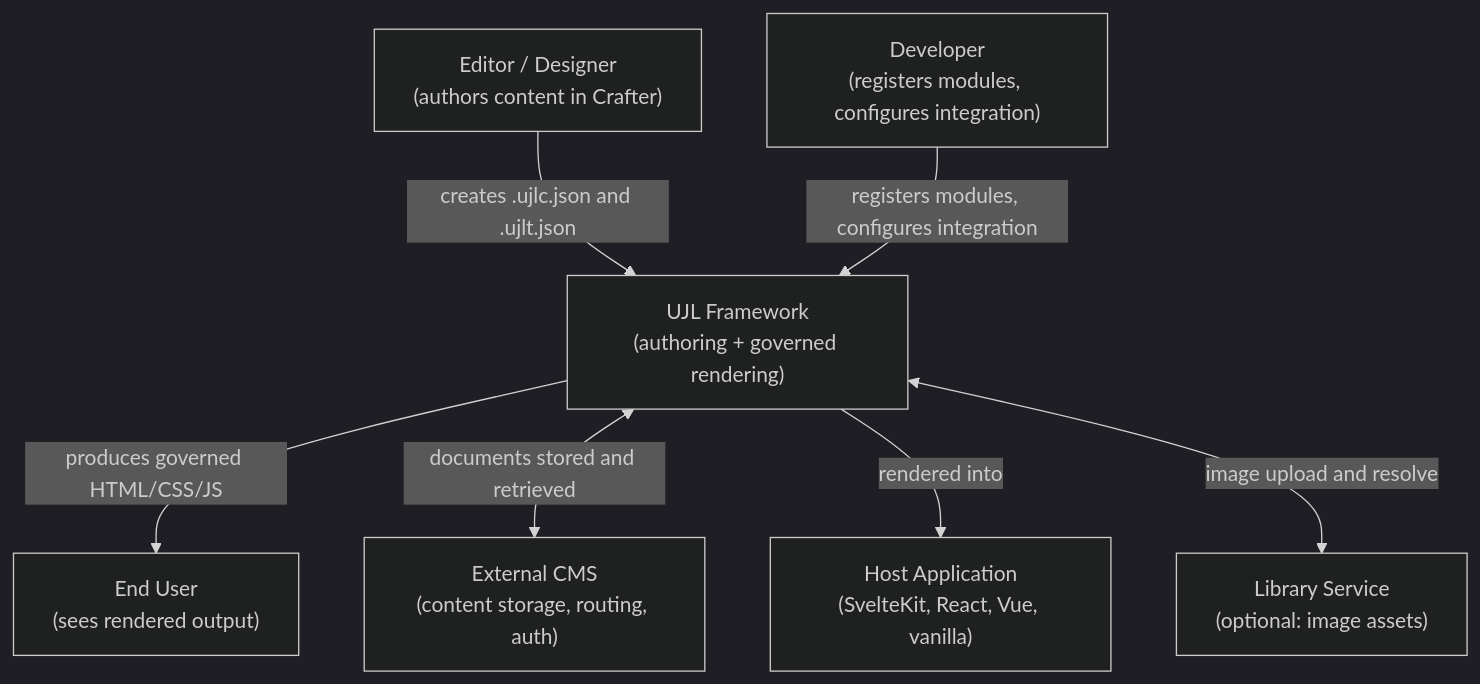
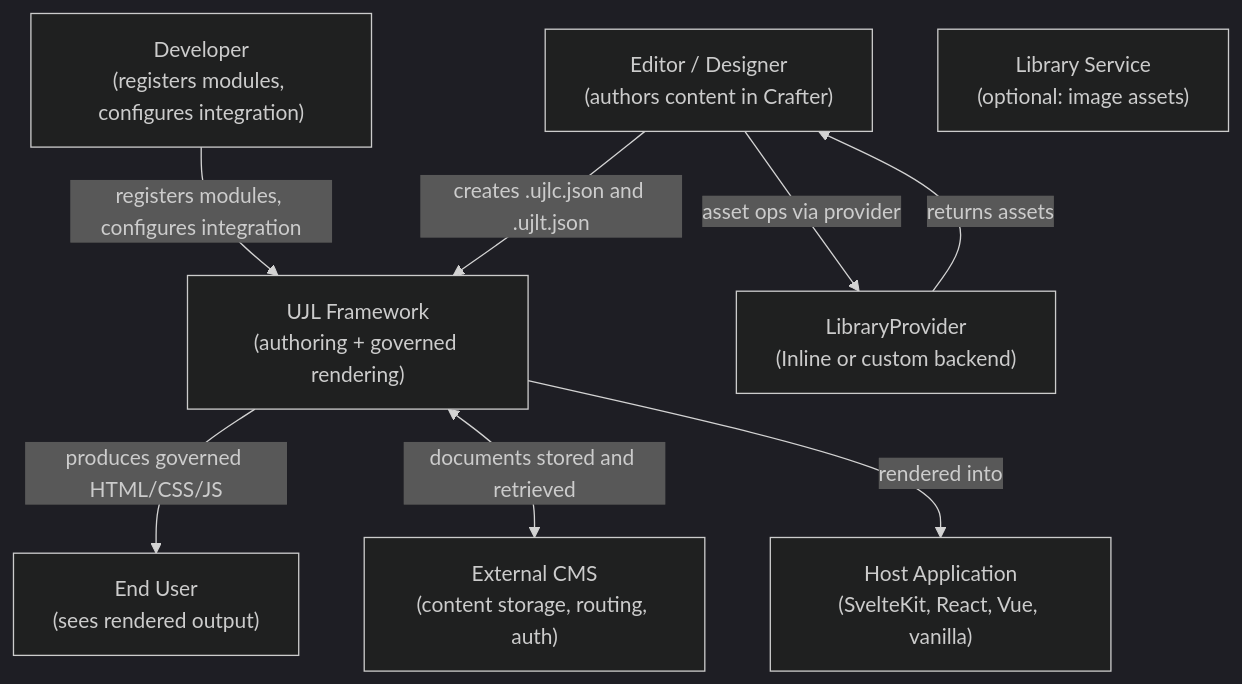
One commit to mainzcript/ujl changed the first of 2 diagrams in apps/docs/src/reference/overview.md. Above: the diagram before and after it, drawn with Mermaid (dark theme). The commit also changed other lines of this file and 163 other files, not shown here.

````diff
--- a/apps/docs/src/reference/overview.md
+++ b/apps/docs/src/reference/overview.md
@@ -14,19 +14,21 @@
 ```mermaid
 flowchart TD
     Editor["Editor / Designer<br/>(authors content in Crafter)"]
     Developer["Developer<br/>(registers modules, configures integration)"]
     Consumer["End User<br/>(sees rendered output)"]
 
     UJL["UJL Framework<br/>(authoring + governed rendering)"]
 
     CMS["External CMS<br/>(content storage, routing, auth)"]
     Frontend["Host Application<br/>(SvelteKit, React, Vue, vanilla)"]
     LibSvc["Library Service<br/>(optional: image assets)"]
 
     Editor -->|"creates .ujlc.json and .ujlt.json"| UJL
     Developer -->|"registers modules, configures integration"| UJL
     UJL -->|"produces governed HTML/CSS/JS"| Consumer
     UJL <-->|"documents stored and retrieved"| CMS
     UJL -->|"rendered into"| Frontend
-    UJL <-->|"image upload and resolve"| LibSvc
+    AuthoringProvider["LibraryProvider<br/>(Inline or custom backend)"]
+    Editor -->|"asset ops via provider"| AuthoringProvider
+    AuthoringProvider -->|"returns assets"| Editor
 ```
````
